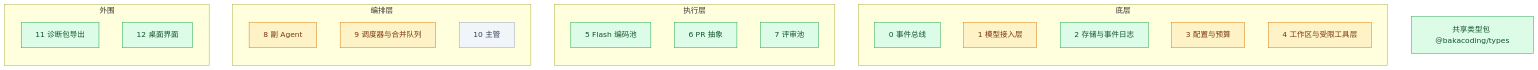
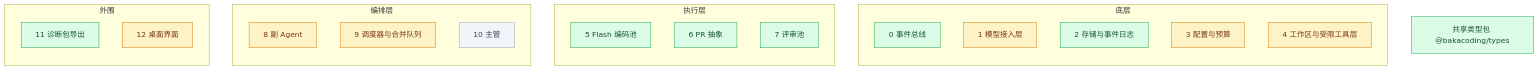
The diagram in docs/progress.md (Akarin7784/BakaCoding), drawn with Mermaid before and after one commit. The commit also changed other lines of this file and 9 other files, not shown here.

````diff
--- a/docs/progress.md
+++ b/docs/progress.md
@@ -11,33 +11,33 @@
 ```mermaid
 flowchart BT
   subgraph 底层
     M0[0 事件总线]
     M1[1 模型接入层]
     M2[2 存储与事件日志]
     M3[3 配置与预算]
     M4[4 工作区与受限工具层]
   end
   subgraph 执行层
     M5[5 Flash 编码池]
     M6[6 PR 抽象]
     M7[7 评审池]
   end
   subgraph 编排层
     M8[8 副 Agent]
     M9[9 调度器与合并队列]
     M10[10 主管]
   end
   subgraph 外围
     M11[11 诊断包导出]
     M12[12 桌面界面]
   end
   T[共享类型包 @bakacoding/types]
 
   classDef todo fill:#f1f5f9,stroke:#94a3b8,color:#334155
   classDef doing fill:#fef3c7,stroke:#d97706,color:#78350f
   classDef done fill:#dcfce7,stroke:#16a34a,color:#14532d
 
-  class M0,M2,M5,M6,M7,M11,M12,T done
-  class M1,M3,M4,M8,M9 doing
+  class M0,M2,M5,M6,M7,M11,T done
+  class M1,M3,M4,M8,M9,M12 doing
   class M10 todo
 ```
````
